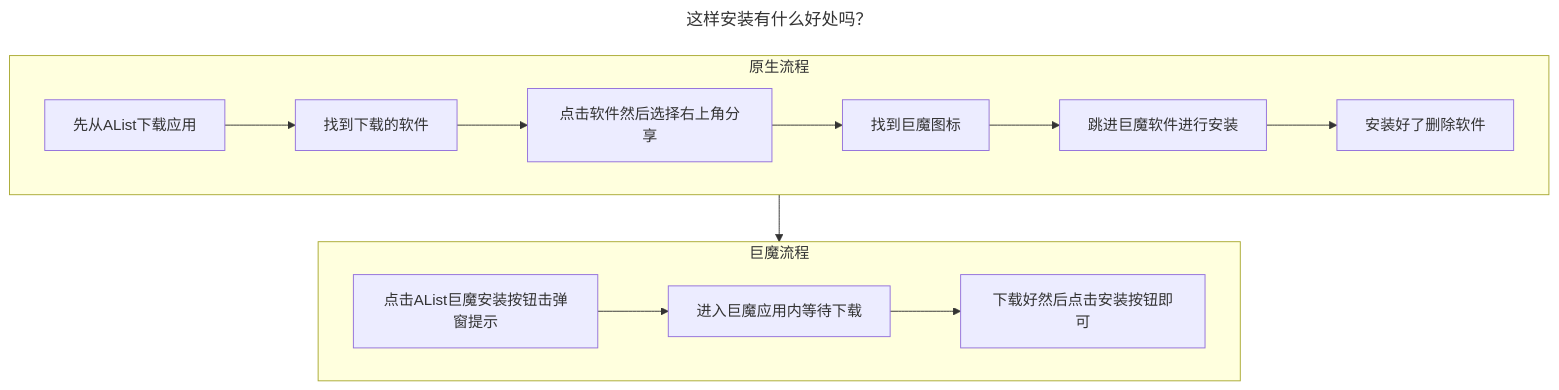
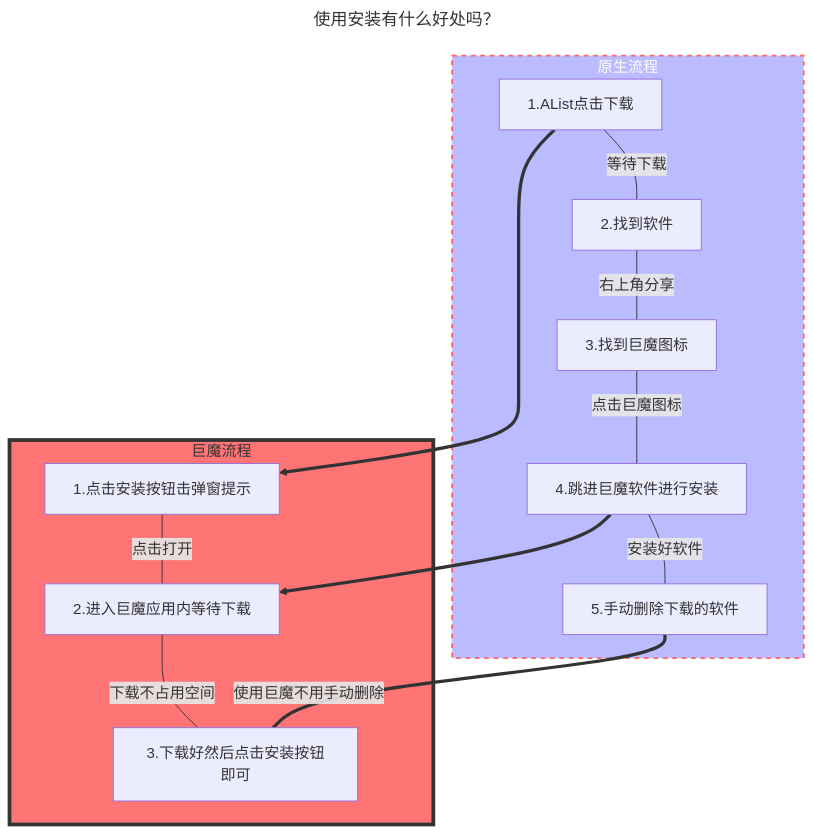
One commit to alist-org/docs changed the diagram in docs/zh/guide/advanced/ipa.md. Above: the diagram before and after it, drawn with Mermaid.

Commit message:
修改ipa中文流程图

````diff
--- a/docs/zh/guide/advanced/ipa.md
+++ b/docs/zh/guide/advanced/ipa.md
@@ -119,18 +119,21 @@
 ```mermaid
 ---
-title: 这样安装有什么好处吗？
+title: 使用安装有什么好处吗？
 ---
 flowchart TB
-    A-->B
     subgraph A[原生流程]
-    C[先从AList下载应用]-->D[找到下载的软件]
-    D-->E[点击软件然后选择右上角分享]
-    E-->F[找到巨魔图标]
-    F-->G[跳进巨魔软件进行安装]
-    G-->H[安装好了删除软件]
+    style A fill:#bbf,stroke:#f66,stroke-width:2px,color:#fff,stroke-dasharray: 5 5
+    style B fill:#ff7575,stroke:#333,stroke-width:4px
+    C[1.AList点击下载]---|等待下载|D[2.找到软件]
+    D---|右上角分享|F[3.找到巨魔图标]
+    F---|点击巨魔图标|G[4.跳进巨魔软件进行安装]
+    G---|安装好软件|H[5.手动删除下载的软件]
     end
     subgraph B[巨魔流程]
-    I[点击AList巨魔安装按钮击弹窗提示]-->J[进入巨魔应用内等待下载]
-    J-->K[下载好然后点击安装按钮即可]
+    I[1.点击安装按钮击弹窗提示]---|点击打开|J[2.进入巨魔应用内等待下载]
+    J---|下载不占用空间|K[3.下载好然后点击安装按钮即可]
     end
+    C==>I
+    G==>J
+    H===|使用巨魔不用手动删除|K
 ```
````
